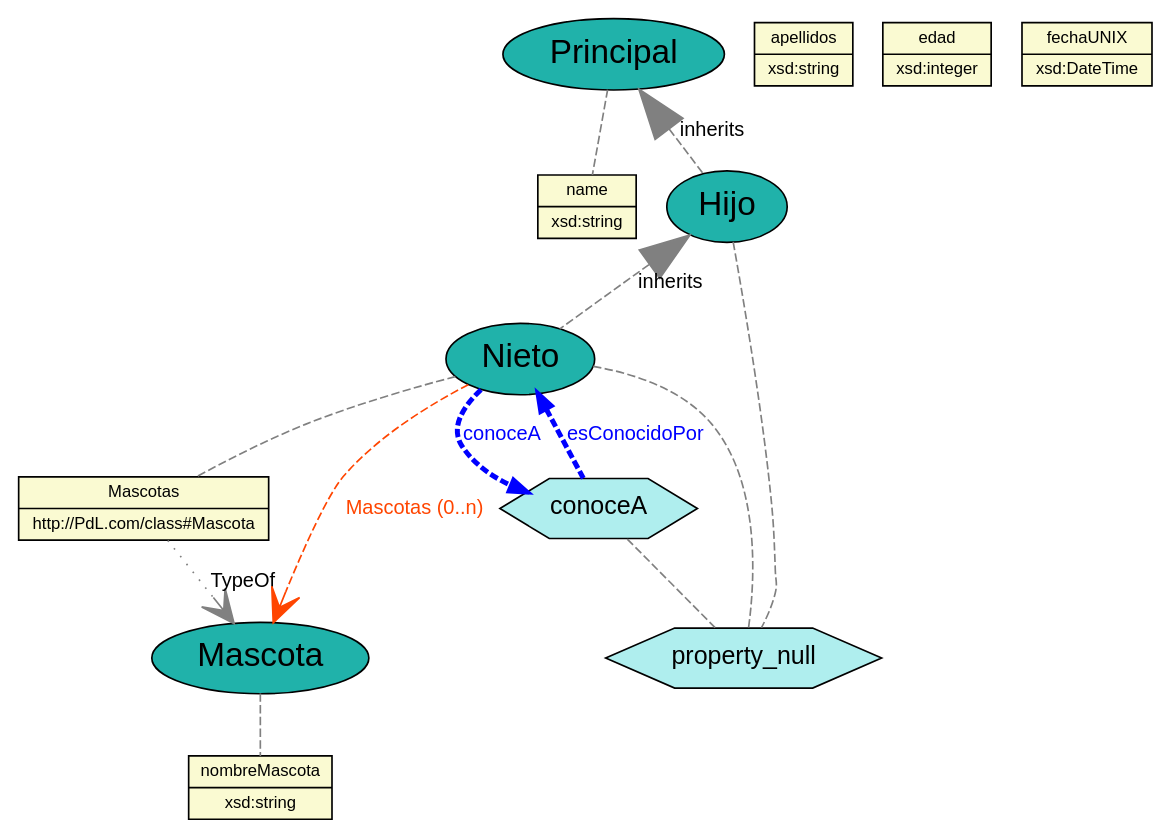
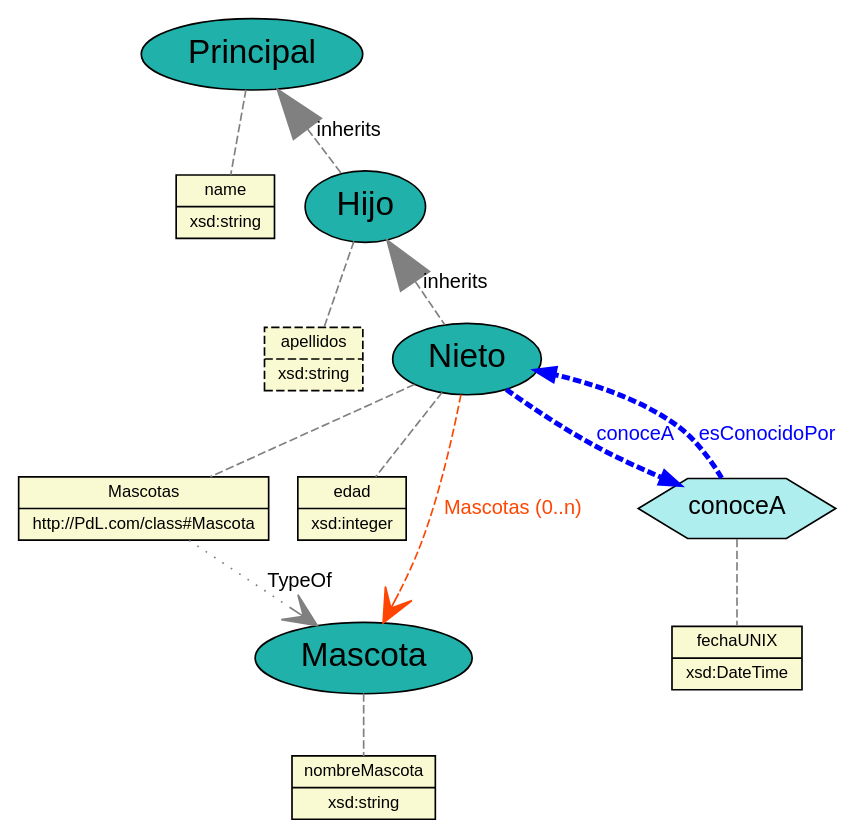
One commit to JuanCasado/Lenguajes changed the diagram in Output/parametros_dot12_domain.dot. Above: the diagram before and after it, drawn with Graphviz. The commit also changed 22 other files, not shown here.

```diff
--- a/Output/parametros_dot12_domain.dot
+++ b/Output/parametros_dot12_domain.dot
@@ -1,52 +1,58 @@
 graph domain{
 	//Defecto
 	node [fontname="Arial"];
 	edge [fontname="Arial",fontsize=12];
 
 	//PROPERTIES
 	node[fontsize="10", fillcolor="lightgoldenrodyellow", style="filled", shape="record", ]
-		property_Mascotas [label="{Mascotas|http://PdL.com/class#Mascota}"];
+
+	
+	property_apellidos [label="{apellidos|xsd:string}",style="filled,dashed"];
+	property_nombreMascota [label="{nombreMascota|xsd:string}"];
+	property_Mascotas [label="{Mascotas|http://PdL.com/class#Mascota}"];
 	property_name [label="{name|xsd:string}"];
-	property_apellidos [label="{apellidos|xsd:string}"];
 	property_edad [label="{edad|xsd:integer}"];
 	property_fechaUNIX [label="{fechaUNIX|xsd:DateTime}"];
-	property_nombreMascota [label="{nombreMascota|xsd:string}"];
 
 	//CLASES
 	node[fontsize="20", fillcolor="lightseagreen", style="filled", shape="ellipse", ]
-		class_Hijo [label=Hijo];
+
+	
+	class_Hijo [label=Hijo];
 	class_Principal [label=Principal];
 	class_Mascota [label=Mascota];
 	class_Nieto [label=Nieto];
 
 	//RELACIONES
 	node[fontsize="15", fillcolor="paleturquoise", style="filled", shape="hexagon", ]
+
 	relationship_conoceA [label=conoceA];
 
 	//CLASE -- PROPIEDAD
 	edge[len="3", style="dashed", color="grey", ]
-	class_Hijo -- property_null;
+
+	class_Hijo -- property_apellidos;
 	class_Principal -- property_name;
 	class_Mascota -- property_nombreMascota;
-	class_Nieto -- property_null;
+	class_Nieto -- property_edad;
 	class_Nieto -- property_Mascotas;
 
 	//RELACION -- PROPIEDAD
-	relationship_conoceA -- property_null;
+	relationship_conoceA -- property_fechaUNIX;
 
 	// uso indirecto de definición de tipos
 	property_Mascotas -- class_Mascota [arrowsize="2", style="dotted", arrowhead="vee", dir="forward", label="TypeOf"];
 
 	// asociaciones a través de atributos marcadas de forma directa
 	class_Nieto -- class_Mascota [label="Mascotas (0..n) "fontcolor="orangered", color="orangered", style="dashed", arrowhead="vee",dir="forward",arrowsize="2"];
 
 	// herencias
 	class_Principal -- class_Hijo [arrowsize="3", arrowhead="normal", dir="back", label="inherits"];
 	class_Hijo -- class_Nieto [arrowsize="3", arrowhead="normal", dir="back", label="inherits"];
 
 	// enlaces de relaciones
 	edge[len="2",penwidth="3",color="blue"]
 	class_Nieto -- relationship_conoceA [label="conoceA",fontcolor="blue",dir="forward",arrowhead="normal"];
 relationship_conoceA -- class_Nieto [label="esConocidoPor",fontcolor="blue",dir="forward",arrowhead="normal"];
 
 }
```
